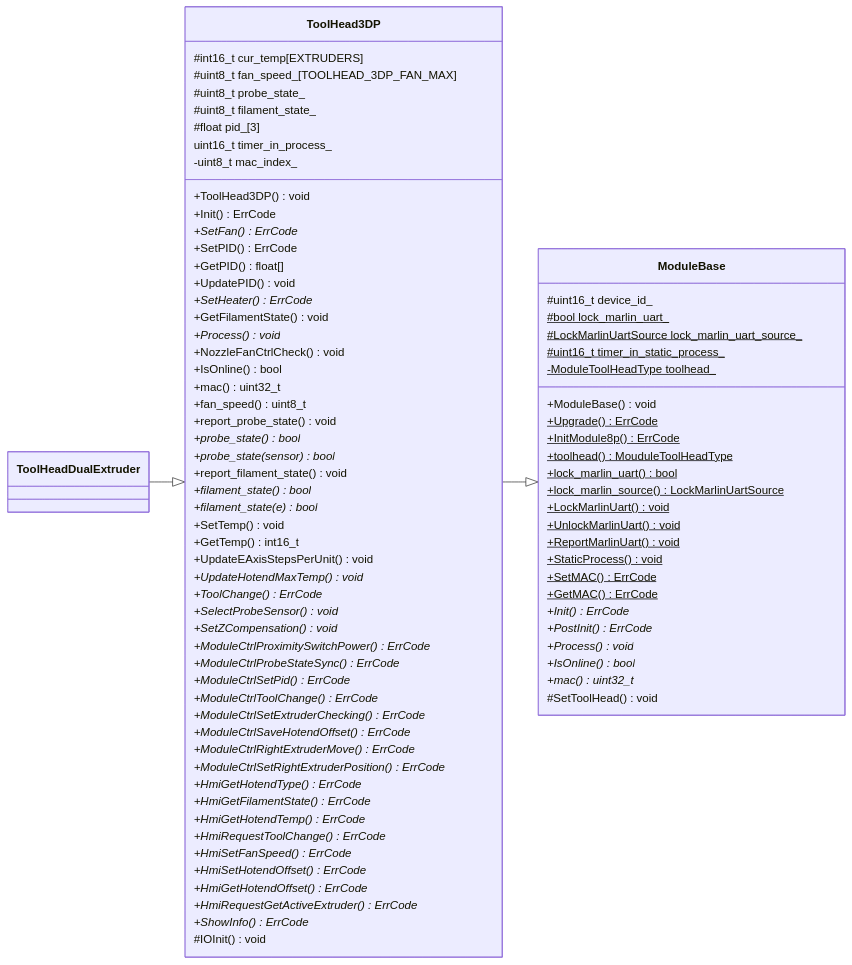
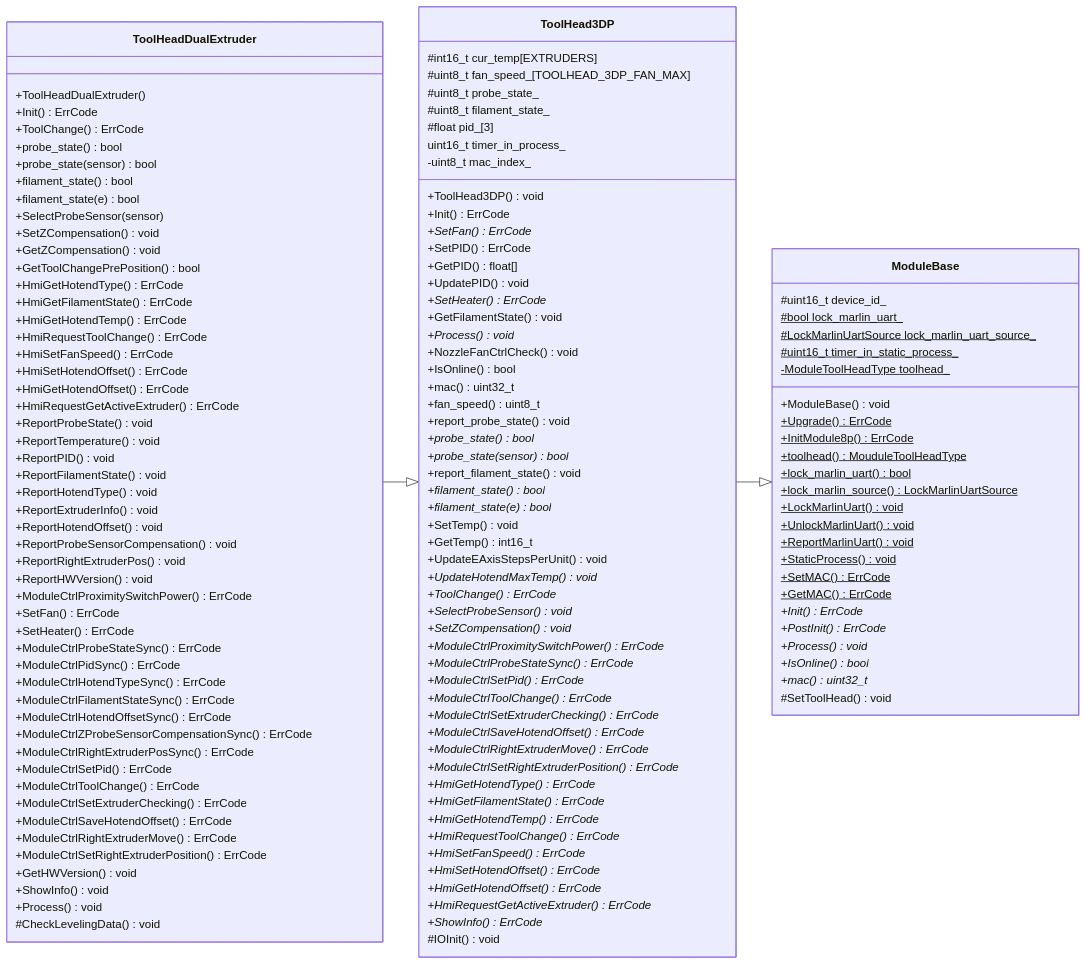
The diagram in docs/ToolHead/toolhead_class_diagram.md (kai-waang/Snapmaker2-Controller), drawn with Mermaid before and after one commit. The commit also changed 4 other files, not shown here.

Commit message:
add `ToolHeadTriple` class for extra extruder, and add related class diagrams

```diff
--- a/docs/ToolHead/toolhead_class_diagram.md
+++ b/docs/ToolHead/toolhead_class_diagram.md
@@ -104,6 +104,61 @@
     
     ToolHeadDualExtruder --|>ToolHead3DP
     class ToolHeadDualExtruder {
+        +ToolHeadDualExtruder()
+        +Init() ErrCode
+        +ToolChange() ErrCode
+        +probe_state() bool
+        +probe_state(sensor) bool
+        +filament_state() bool
+        +filament_state(e) bool
+        +SelectProbeSensor(sensor)
+        +SetZCompensation() void
+        +GetZCompensation() void
+        +GetToolChangePrePosition() bool
+        
+        +HmiGetHotendType() ErrCode
+        +HmiGetFilamentState() ErrCode
+        +HmiGetHotendTemp() ErrCode
+        +HmiRequestToolChange() ErrCode
+        +HmiSetFanSpeed() ErrCode
+        +HmiSetHotendOffset() ErrCode
+        +HmiGetHotendOffset() ErrCode
+        +HmiRequestGetActiveExtruder() ErrCode
+        
+        +ReportProbeState() void
+        +ReportTemperature() void
+        +ReportPID() void
+        +ReportFilamentState() void
+        +ReportHotendType() void
+        +ReportExtruderInfo() void
+        +ReportHotendOffset() void
+        +ReportProbeSensorCompensation() void
+        +ReportRightExtruderPos() void 
+        +ReportHWVersion() void
+
+        +ModuleCtrlProximitySwitchPower() ErrCode
+        +SetFan() ErrCode
+        +SetHeater() ErrCode
+        +ModuleCtrlProbeStateSync() ErrCode
+        +ModuleCtrlPidSync() ErrCode
+        +ModuleCtrlHotendTypeSync() ErrCode
+        +ModuleCtrlFilamentStateSync() ErrCode
+        +ModuleCtrlHotendOffsetSync() ErrCode
+        +ModuleCtrlZProbeSensorCompensationSync() ErrCode
+        +ModuleCtrlRightExtruderPosSync() ErrCode
+        +ModuleCtrlSetPid() ErrCode
+        +ModuleCtrlToolChange() ErrCode
+        +ModuleCtrlSetExtruderChecking() ErrCode
+        +ModuleCtrlSaveHotendOffset() ErrCode
+        +ModuleCtrlRightExtruderMove() ErrCode
+        +ModuleCtrlSetRightExtruderPosition() ErrCode
+        
+        +GetHWVersion() void
+        +ShowInfo() void
+        +Process() void
+        
+        #CheckLevelingData() void
+        
         
     }
 
```
